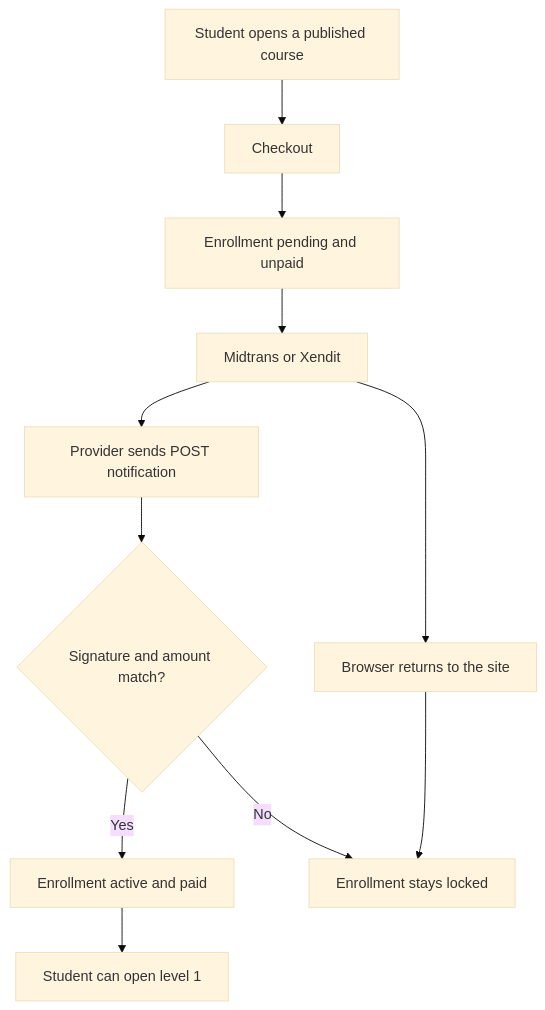
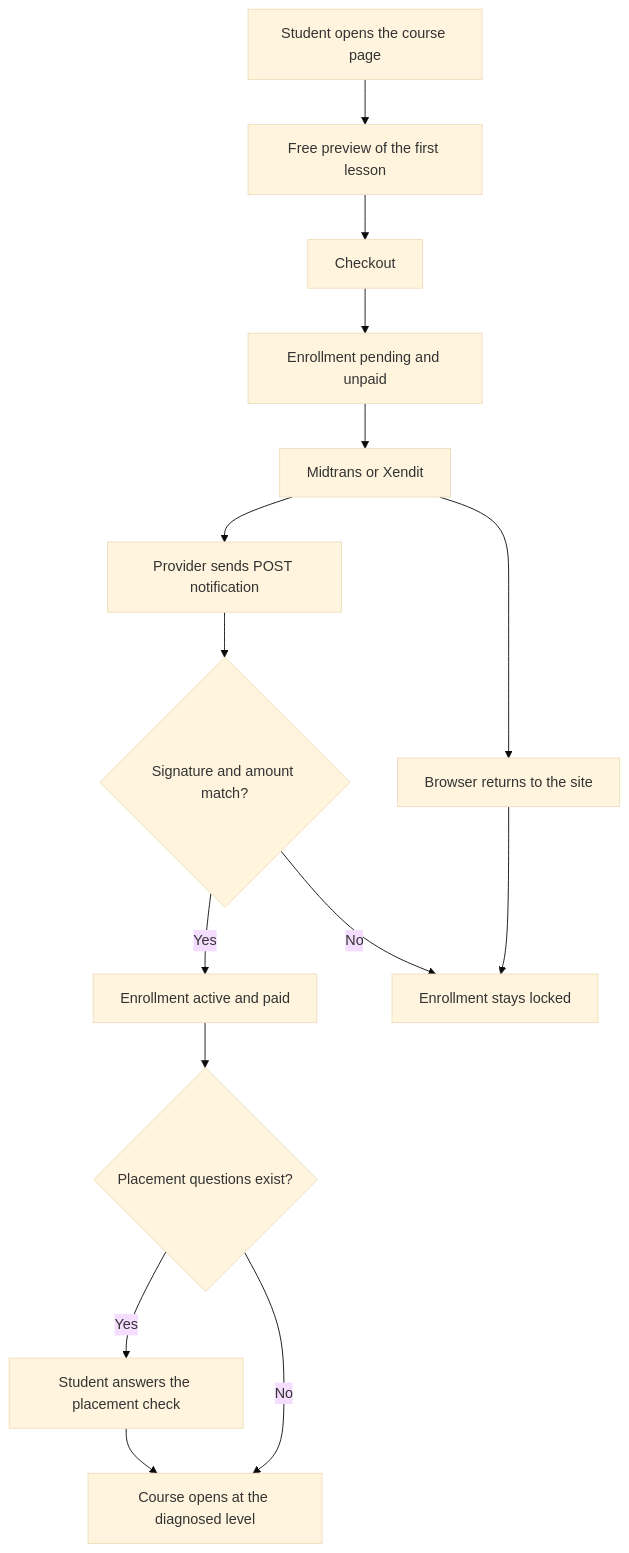
The third of 6 diagrams in docs/process-flow.md (bionte4/auralogic), drawn with Mermaid (base theme) before and after one commit. The commit also changed other lines of this file and 43 other files, not shown here.

First line of the commit message:
Let students preview a course and start at the level a placement check assigns.

````diff
--- a/docs/process-flow.md
+++ b/docs/process-flow.md
@@ -39,13 +42,17 @@
 ```mermaid
 flowchart TD
-  browse[Student opens a published course] --> checkout[Checkout]
+  browse[Student opens the course page] --> preview[Free preview of the first lesson]
+  preview --> checkout[Checkout]
   checkout --> pending[Enrollment pending and unpaid]
   pending --> gateway[Midtrans or Xendit]
   gateway --> notify[Provider sends POST notification]
   notify --> check{Signature and amount match?}
   check -->|Yes| active[Enrollment active and paid]
   check -->|No| stay[Enrollment stays locked]
   gateway --> browser[Browser returns to the site]
   browser --> stay
-  active --> learn[Student can open level 1]
+  active --> diagnose{Placement questions exist?}
+  diagnose -->|Yes| placed[Student answers the placement check]
+  placed --> learn[Course opens at the diagnosed level]
+  diagnose -->|No| learn
 ```
````
